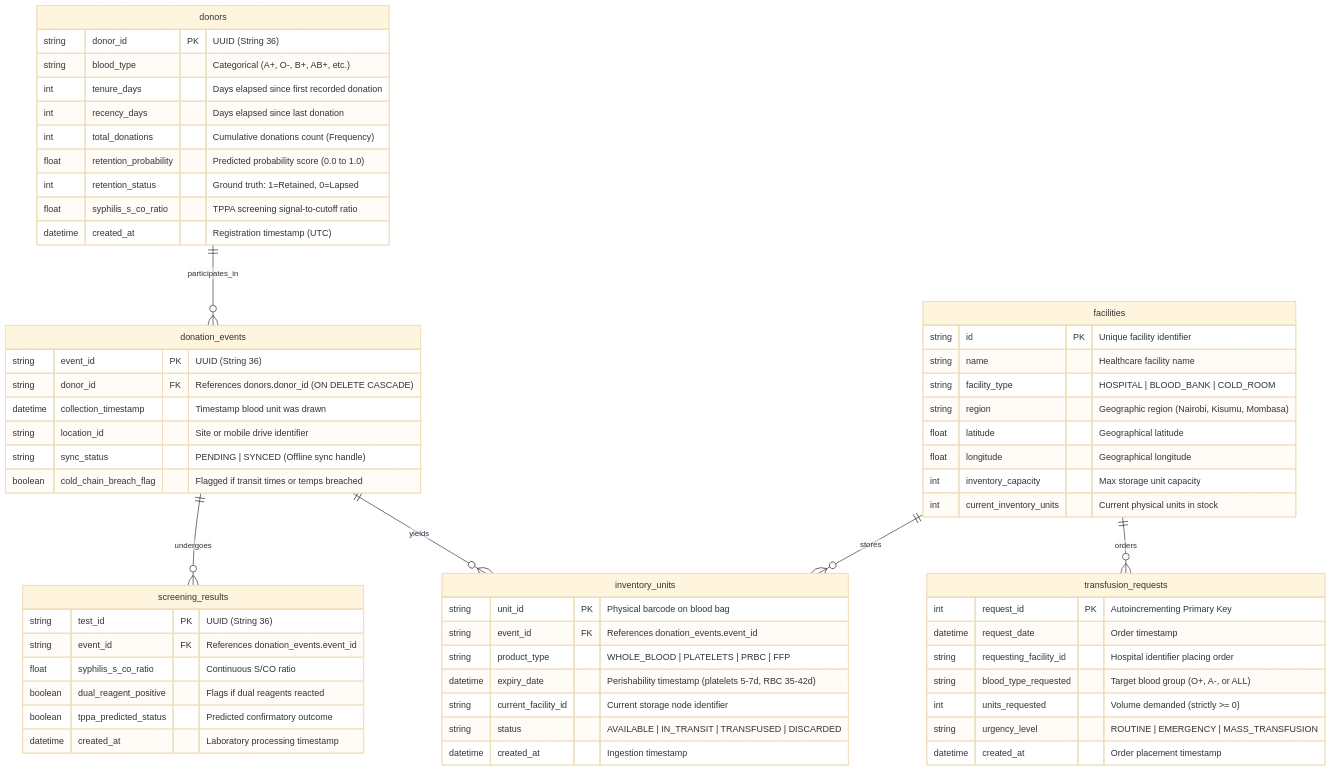
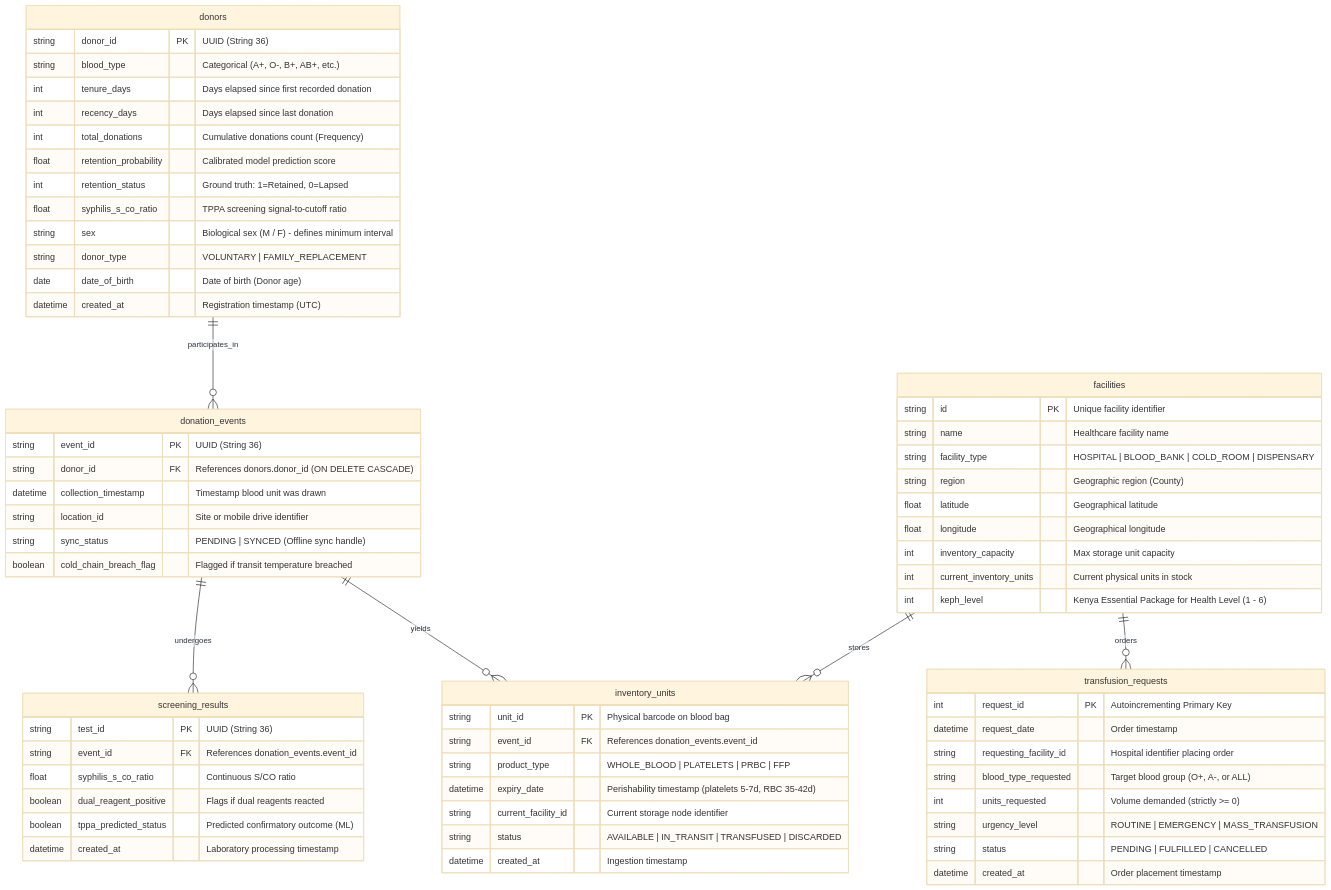
The second of 4 diagrams in README.md (SamuelGathua/terumo_backend), drawn with Mermaid (base theme) before and after one commit. The commit also changed other lines of this file, not shown here.

````diff
--- a/README.md
+++ b/README.md
@@ -91,69 +96,74 @@
 ```mermaid
 erDiagram
     donors ||--o{ donation_events : participates_in
     donation_events ||--o{ screening_results : undergoes
     donation_events ||--o{ inventory_units : yields
     facilities ||--o{ inventory_units : stores
     facilities ||--o{ transfusion_requests : orders
 
     donors {
         string donor_id PK "UUID (String 36)"
         string blood_type "Categorical (A+, O-, B+, AB+, etc.)"
         int tenure_days "Days elapsed since first recorded donation"
         int recency_days "Days elapsed since last donation"
         int total_donations "Cumulative donations count (Frequency)"
-        float retention_probability "Predicted probability score (0.0 to 1.0)"
+        float retention_probability "Calibrated model prediction score"
         int retention_status "Ground truth: 1=Retained, 0=Lapsed"
         float syphilis_s_co_ratio "TPPA screening signal-to-cutoff ratio"
+        string sex "Biological sex (M / F) - defines minimum interval"
+        string donor_type "VOLUNTARY | FAMILY_REPLACEMENT"
+        date date_of_birth "Date of birth (Donor age)"
         datetime created_at "Registration timestamp (UTC)"
     }
 
     donation_events {
         string event_id PK "UUID (String 36)"
         string donor_id FK "References donors.donor_id (ON DELETE CASCADE)"
         datetime collection_timestamp "Timestamp blood unit was drawn"
         string location_id "Site or mobile drive identifier"
         string sync_status "PENDING | SYNCED (Offline sync handle)"
-        boolean cold_chain_breach_flag "Flagged if transit times or temps breached"
+        boolean cold_chain_breach_flag "Flagged if transit temperature breached"
     }
 
     screening_results {
         string test_id PK "UUID (String 36)"
         string event_id FK "References donation_events.event_id"
         float syphilis_s_co_ratio "Continuous S/CO ratio"
         boolean dual_reagent_positive "Flags if dual reagents reacted"
-        boolean tppa_predicted_status "Predicted confirmatory outcome"
+        boolean tppa_predicted_status "Predicted confirmatory outcome (ML)"
         datetime created_at "Laboratory processing timestamp"
     }
 
     inventory_units {
         string unit_id PK "Physical barcode on blood bag"
         string event_id FK "References donation_events.event_id"
         string product_type "WHOLE_BLOOD | PLATELETS | PRBC | FFP"
         datetime expiry_date "Perishability timestamp (platelets 5-7d, RBC 35-42d)"
         string current_facility_id "Current storage node identifier"
         string status "AVAILABLE | IN_TRANSIT | TRANSFUSED | DISCARDED"
         datetime created_at "Ingestion timestamp"
     }
 
     transfusion_requests {
         int request_id PK "Autoincrementing Primary Key"
         datetime request_date "Order timestamp"
         string requesting_facility_id "Hospital identifier placing order"
         string blood_type_requested "Target blood group (O+, A-, or ALL)"
         int units_requested "Volume demanded (strictly >= 0)"
         string urgency_level "ROUTINE | EMERGENCY | MASS_TRANSFUSION"
+        string status "PENDING | FULFILLED | CANCELLED"
         datetime created_at "Order placement timestamp"
     }
 
     facilities {
         string id PK "Unique facility identifier"
         string name "Healthcare facility name"
-        string facility_type "HOSPITAL | BLOOD_BANK | COLD_ROOM"
-        string region "Geographic region (Nairobi, Kisumu, Mombasa)"
+        string facility_type "HOSPITAL | BLOOD_BANK | COLD_ROOM | DISPENSARY"
+        string region "Geographic region (County)"
         float latitude "Geographical latitude"
         float longitude "Geographical longitude"
         int inventory_capacity "Max storage unit capacity"
         int current_inventory_units "Current physical units in stock"
+        int keph_level "Kenya Essential Package for Health Level (1 - 6)"
     }
 ```
````
